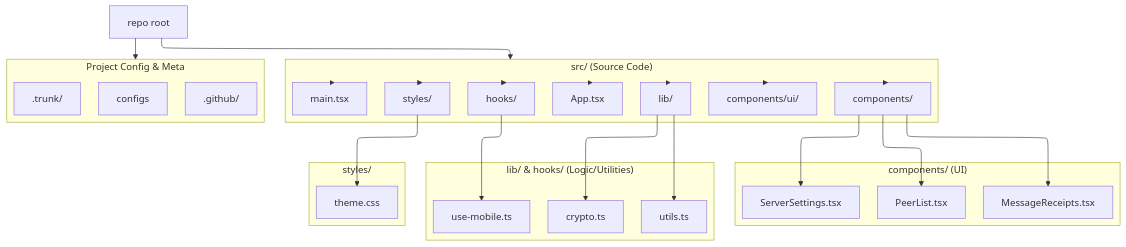
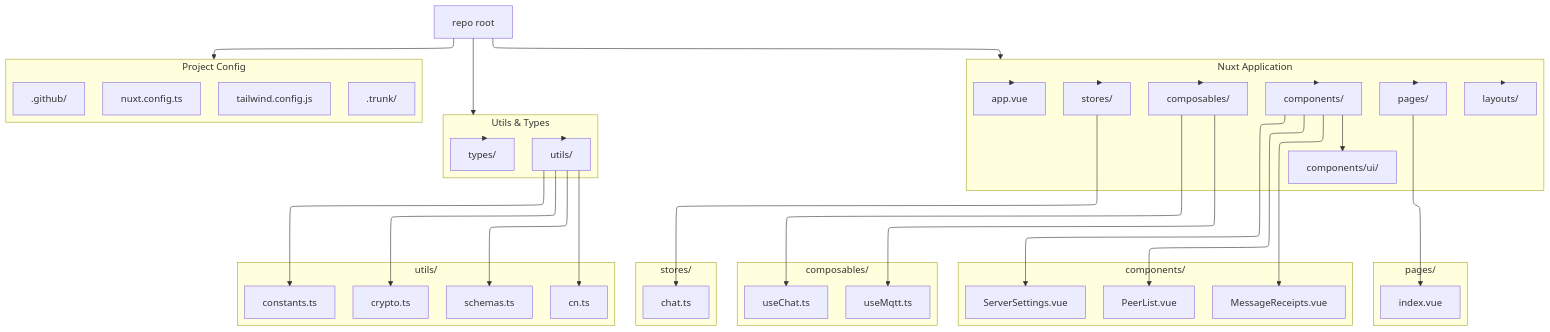
The fifth of 5 diagrams in .github/copilot-instructions.md (daveio/chat), drawn with Mermaid before and after one commit. The commit also changed other lines of this file, not shown here.

First line of the commit message:
📝 Update documentation to reflect Nuxt 4 / Vue 3 implementation

````diff
--- a/.github/copilot-instructions.md
+++ b/.github/copilot-instructions.md
@@ -611,41 +639,56 @@
 ```mermaid
 ---
 config:
   layout: elk
 id: 4a380003-cbb8-474c-bcad-7a7ae057a314
 ---
 flowchart TB
- subgraph Source_Code["src/ (Source Code)"]
-        entry["main.tsx"]
-        app["App.tsx"]
+ subgraph Nuxt_App["Nuxt Application"]
+        appvue["app.vue"]
+        pages["pages/"]
+        layouts["layouts/"]
         comps["components/"]
         ui["components/ui/"]
-        lib["lib/"]
-        styles["styles/"]
-        hooks["hooks/"]
+        composables["composables/"]
+        stores["stores/"]
   end
- subgraph Config["Project Config & Meta"]
-        cfg["configs"]
+ subgraph Utils_Types["Utils & Types"]
+        utils["utils/"]
+        types["types/"]
+  end
+ subgraph Config["Project Config"]
+        nuxtconfig["nuxt.config.ts"]
+        tailwind["tailwind.config.js"]
         dotgithub[".github/"]
         trunk[".trunk/"]
   end
- subgraph Components["components/ (UI)"]
-        peer["PeerList.tsx"]
-        receipts["MessageReceipts.tsx"]
-        server["ServerSettings.tsx"]
+ subgraph Pages["pages/"]
+        index["index.vue"]
   end
- subgraph Libraries_Hooks["lib/ & hooks/ (Logic/Utilities)"]
+ subgraph Components["components/"]
+        peer["PeerList.vue"]
+        receipts["MessageReceipts.vue"]
+        server["ServerSettings.vue"]
+  end
+ subgraph Composables["composables/"]
+        useChat["useChat.ts"]
+        useMqtt["useMqtt.ts"]
+  end
+ subgraph Stores["stores/"]
+        chatStore["chat.ts"]
+  end
+ subgraph Utilities["utils/"]
         crypto["crypto.ts"]
-        utils["utils.ts"]
-        mobile["use-mobile.ts"]
+        schemas["schemas.ts"]
+        constants["constants.ts"]
+        cn["cn.ts"]
   end
- subgraph Styles["styles/"]
-        theme["theme.css"]
-  end
-    Root["repo root"] --> Source_Code & Config
-    Source_Code --> entry & app & comps & ui & lib & styles & hooks
-    comps --> peer & receipts & server
-    lib --> crypto & utils
-    hooks --> mobile
-    styles --> theme
+    Root["repo root"] --> Nuxt_App & Utils_Types & Config
+    Nuxt_App --> appvue & pages & layouts & comps & composables & stores
+    pages --> index
+    comps --> peer & receipts & server & ui
+    composables --> useChat & useMqtt
+    stores --> chatStore
+    Utils_Types --> utils & types
+    utils --> crypto & schemas & constants & cn
 ```
````
